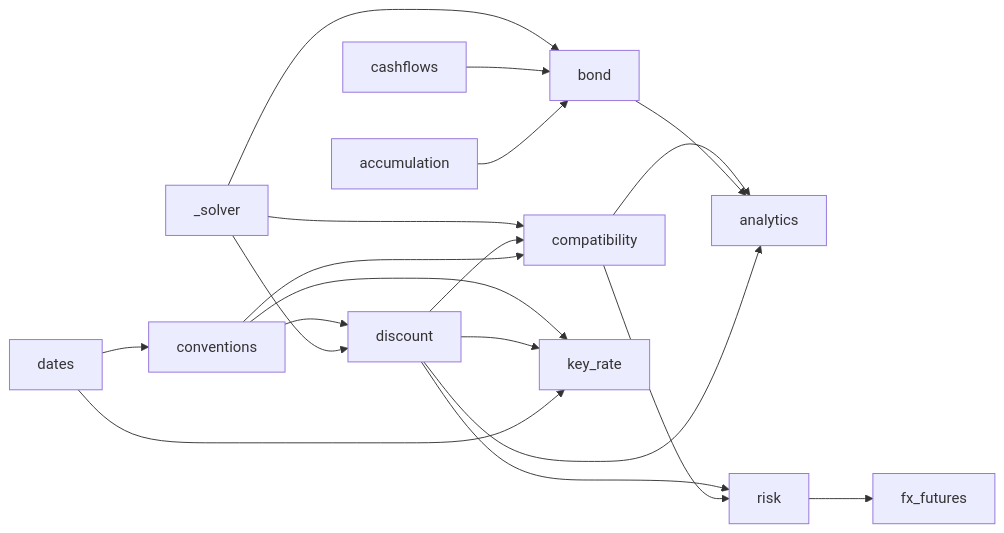
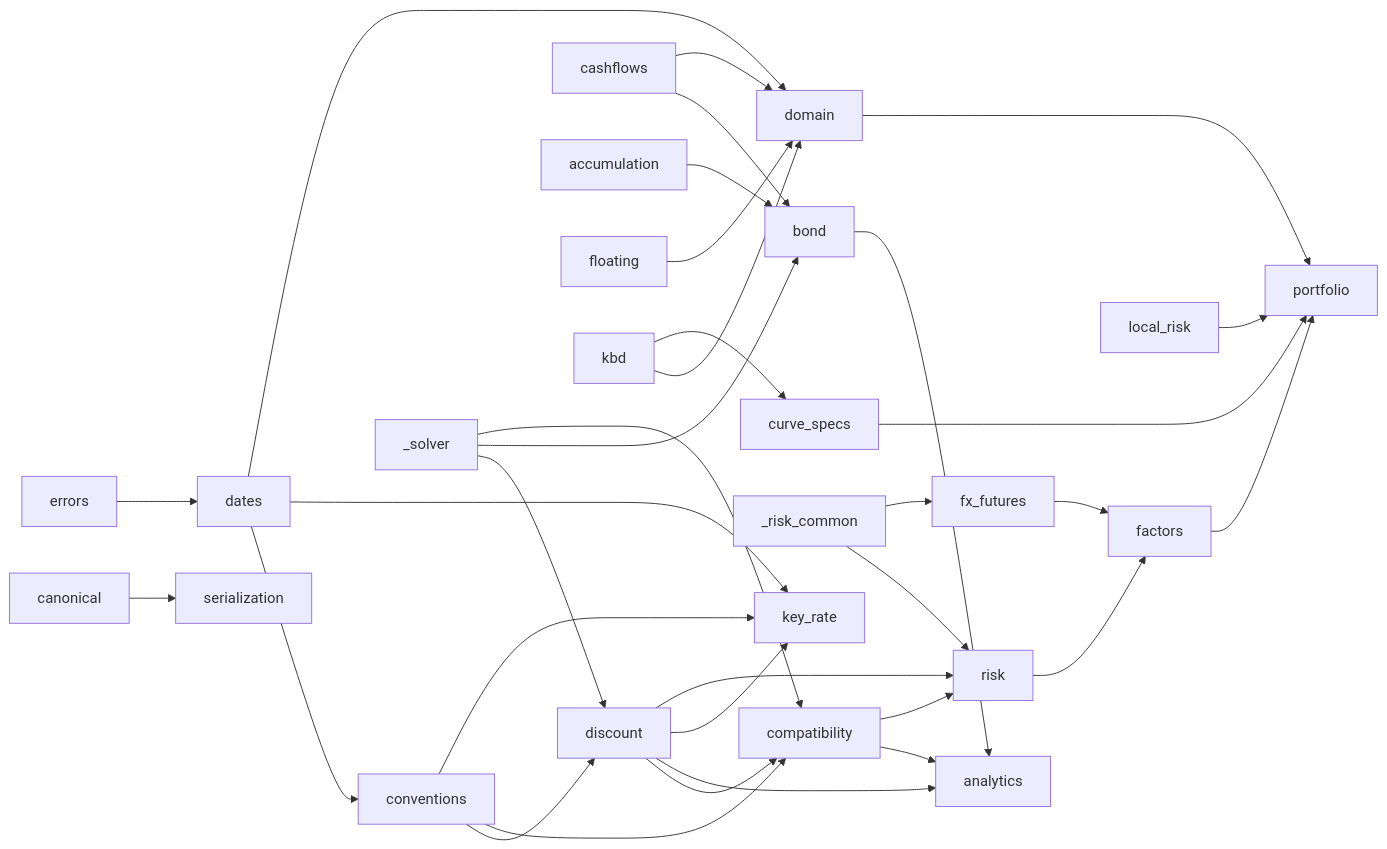
One commit to FlyingScotman/rub-fixed-income-core changed the diagram in docs/ARCHITECTURE.md. Above: the diagram before and after it, drawn with Mermaid. The commit also changed other lines of this file and 26 other files, not shown here.

````diff
--- a/docs/ARCHITECTURE.md
+++ b/docs/ARCHITECTURE.md
@@ -28,21 +41,35 @@
 ```mermaid
 graph LR
   dates --> conventions
   conventions --> discount
   _solver --> discount
   _solver --> bond
   _solver --> compatibility
   cashflows --> bond
   accumulation --> bond
   discount --> compatibility
   conventions --> compatibility
   compatibility --> analytics
   bond --> analytics
   discount --> analytics
   conventions --> key_rate
   discount --> key_rate
   dates --> key_rate
   discount --> risk
   compatibility --> risk
-  risk --> fx_futures
+  _risk_common --> risk
+  _risk_common --> fx_futures
+  canonical --> serialization
+  errors --> dates
+  dates --> domain
+  cashflows --> domain
+  floating --> domain
+  kbd --> domain
+  kbd --> curve_specs
+  risk --> factors
+  fx_futures --> factors
+  domain --> portfolio
+  curve_specs --> portfolio
+  factors --> portfolio
+  local_risk --> portfolio
 ```
````
